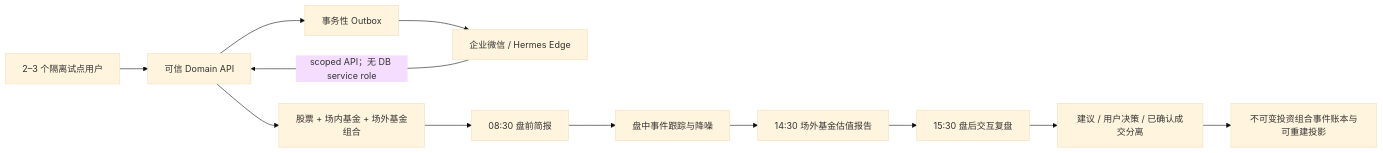
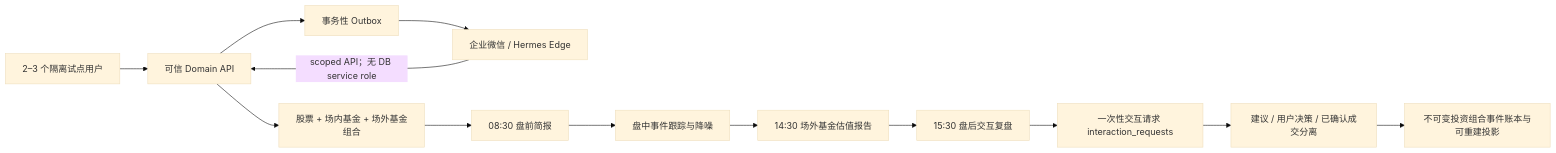
One commit to sinojelly/wealthsail changed the first of 7 diagrams in docs/01.WealthSail投研平台需求文档.md. Above: the diagram before and after it, drawn with Mermaid (base theme). The commit also changed other lines of this file and 16 other files, not shown here.

````diff
--- a/docs/01.WealthSail投研平台需求文档.md
+++ b/docs/01.WealthSail投研平台需求文档.md
@@ -61,14 +61,15 @@
 ```mermaid
 flowchart LR
     U["2–3 个隔离试点用户"] --> API["可信 Domain API"]
     WEC["企业微信 / Hermes Edge"] -->|"scoped API；无 DB service role"| API
     API --> PF["股票 + 场内基金 + 场外基金组合"]
     PF --> PRE["08:30 盘前简报"]
     PRE --> INT["盘中事件跟踪与降噪"]
     INT --> FND["14:30 场外基金估值报告"]
     FND --> POST["15:30 盘后交互复盘"]
-    POST --> DEC["建议 / 用户决策 / 已确认成交分离"]
+    POST --> REQ["一次性交互请求 interaction_requests"]
+    REQ --> DEC["建议 / 用户决策 / 已确认成交分离"]
     DEC --> LED["不可变投资组合事件账本与可重建投影"]
     API --> OUT["事务性 Outbox"]
     OUT --> WEC
 ```
````
